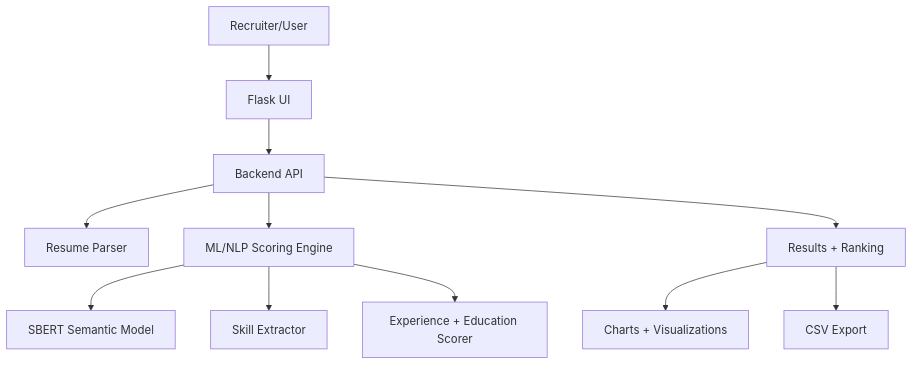
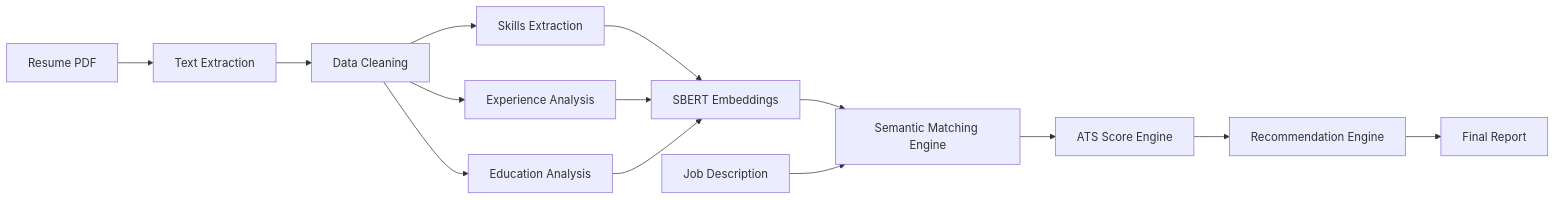
The first of 5 diagrams in README.md (sachinu25/Resume-Screener), drawn with Mermaid before and after one commit. The commit also changed other lines of this file, not shown here.

Commit message:
docs: expand README with dashboards, workflow diagrams, and metrics

````diff
--- a/README.md
+++ b/README.md
@@ -64,13 +88,22 @@
 ```mermaid
-flowchart TD
-  U[Recruiter/User] --> F[Flask UI]
-  F --> API[Backend API]
-  API --> P[Resume Parser]
-  API --> M[ML/NLP Scoring Engine]
-  M --> S[SBERT Semantic Model]
-  M --> K[Skill Extractor]
-  M --> X[Experience + Education Scorer]
-  API --> R[Results + Ranking]
-  R --> V[Charts + Visualizations]
-  R --> C[CSV Export]
+flowchart LR
+
+A[Resume PDF] --> B[Text Extraction]
+B --> C[Data Cleaning]
+
+C --> D[Skills Extraction]
+C --> E[Experience Analysis]
+C --> F[Education Analysis]
+
+D --> G[SBERT Embeddings]
+E --> G
+F --> G
+
+G --> H[Semantic Matching Engine]
+
+I[Job Description] --> H
+
+H --> J[ATS Score Engine]
+J --> K[Recommendation Engine]
+K --> L[Final Report]
 ```
````
